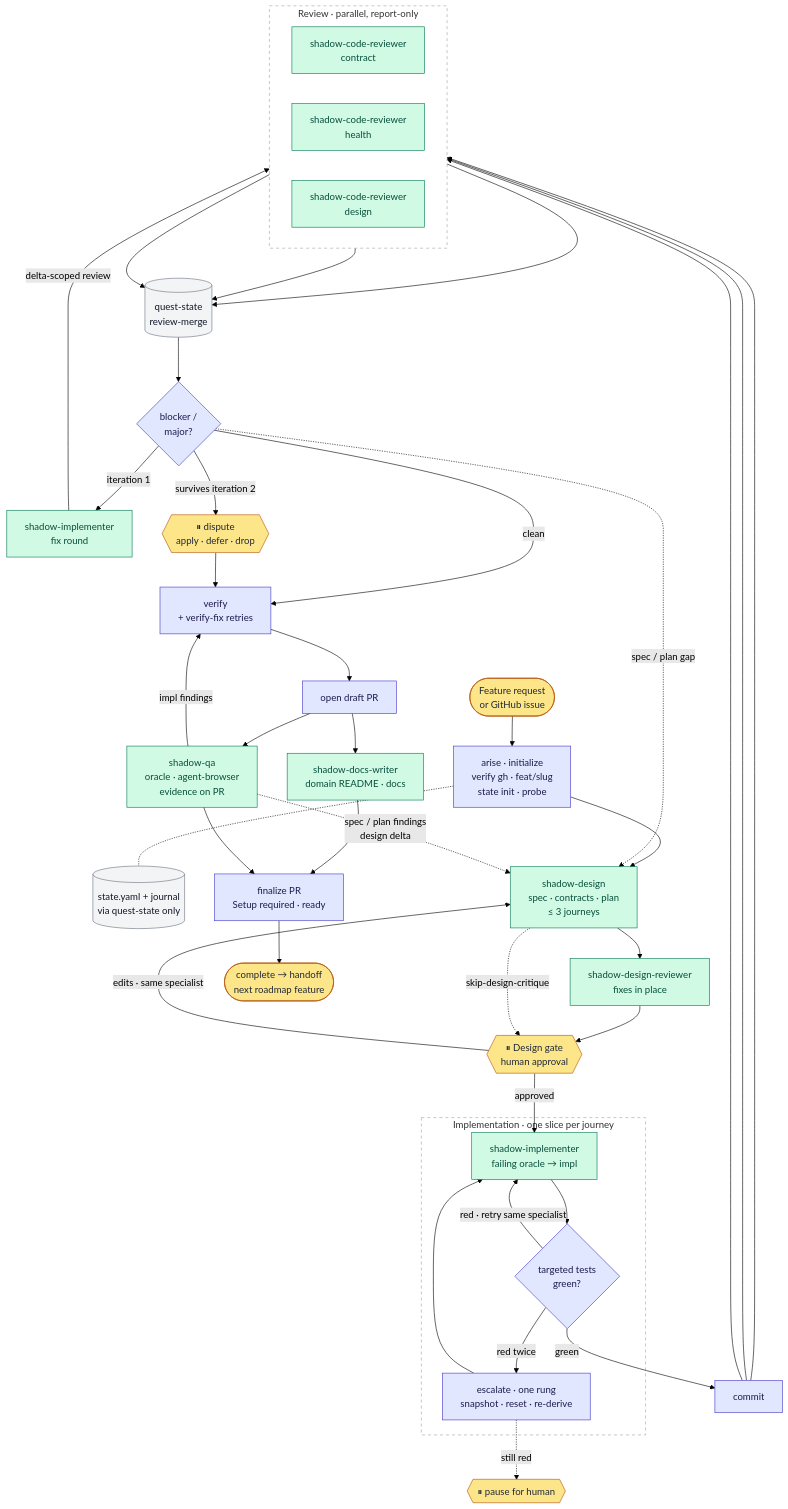
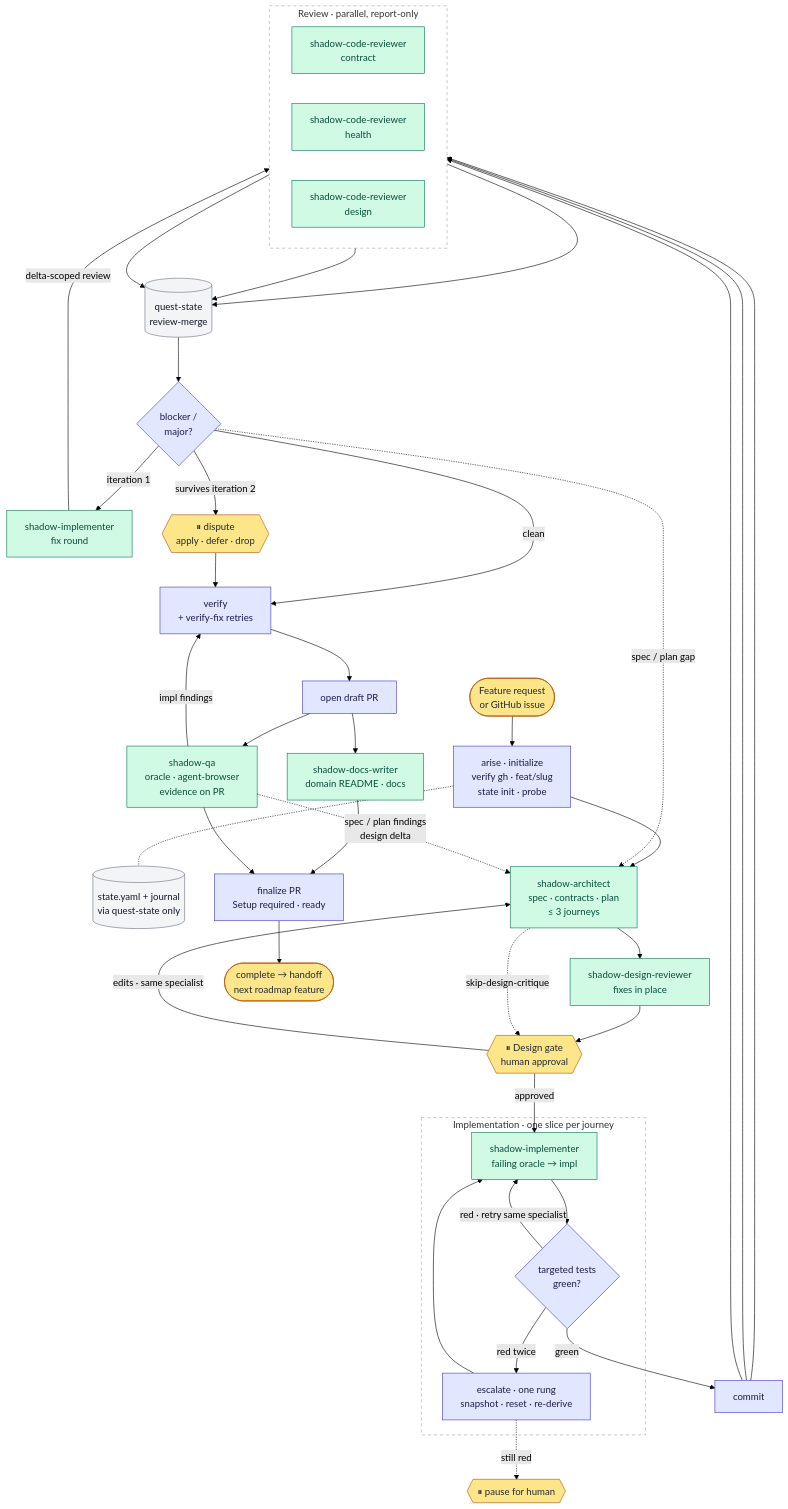
Before and after one commit to luisintosh/sddkit: the diagram in README.md, drawn with Mermaid (forest theme). The commit also changed other lines of this file and 52 other files, not shown here.

Commit message:
refactor: rename arise to commander, arise-plan to shadow-product-owner, shadow-design to shadow-architect, keep arise commands

````diff
--- a/README.md
+++ b/README.md
@@ -110,60 +110,60 @@
 ```mermaid
 flowchart TD
   req(["Feature request<br/>or GitHub issue"]):::human
   init["arise · initialize<br/>verify gh · feat/slug<br/>state init · probe"]:::conductor
   state[("state.yaml + journal<br/>via quest-state only")]:::state
-  design["shadow-design<br/>spec · contracts · plan<br/>≤ 3 journeys"]:::agent
+  design["shadow-architect<br/>spec · contracts · plan<br/>≤ 3 journeys"]:::agent
   critique["shadow-design-reviewer<br/>fixes in place"]:::agent
   gate{{"⏸ Design gate<br/>human approval"}}:::human
 
   req --> init --> design
   init -.- state
   design --> critique --> gate
   design -.->|skip-design-critique| gate
   gate -->|"edits · same specialist"| design
 
   subgraph impl["Implementation · one slice per journey"]
     implementer["shadow-implementer<br/>failing oracle → impl"]:::agent
     sensors{"targeted tests<br/>green?"}:::conductor
     escalate["escalate · one rung<br/>snapshot · reset · re-derive"]:::conductor
     implementer --> sensors
     sensors -->|"red · retry same specialist"| implementer
     sensors -->|red twice| escalate --> implementer
   end
 
   gate -->|approved| implementer
   escalate -.->|still red| pause{{"⏸ pause for human"}}:::human
   sensors -->|green| commit["commit"]:::conductor
 
   subgraph review["Review · parallel, report-only"]
     direction LR
     rc["shadow-code-reviewer<br/>contract"]:::agent
     rh["shadow-code-reviewer<br/>health"]:::agent
     rd["shadow-code-reviewer<br/>design"]:::agent
   end
 
   commit --> rc & rh & rd
   rc & rh & rd --> merge[("quest-state<br/>review-merge")]:::state
   merge --> triage{"blocker /<br/>major?"}:::conductor
   triage -->|iteration 1| fix["shadow-implementer<br/>fix round"]:::agent
   fix -->|delta-scoped review| review
   triage -->|survives iteration 2| dispute{{"⏸ dispute<br/>apply · defer · drop"}}:::human
   triage -.->|spec / plan gap| design
   triage -->|clean| verify
   dispute --> verify
 
   verify["verify<br/>+ verify-fix retries"]:::conductor --> pr["open draft PR"]:::conductor
   pr --> docs["shadow-docs-writer<br/>domain README · docs"]:::agent
   pr --> qa["shadow-qa<br/>oracle · agent-browser<br/>evidence on PR"]:::agent
   qa -->|impl findings| verify
   qa -.->|"spec / plan findings<br/>design delta"| design
   docs & qa --> finalize["finalize PR<br/>Setup required · ready"]:::conductor
   finalize --> done(["complete → handoff<br/>next roadmap feature"]):::human
 
   classDef human fill:#fde68a,stroke:#b45309,color:#1f2937
   classDef conductor fill:#e0e7ff,stroke:#4338ca,color:#1e1b4b
   classDef agent fill:#d1fae5,stroke:#047857,color:#064e3b
   classDef state fill:#f3f4f6,stroke:#6b7280,color:#111827
   style impl fill:transparent,stroke:#9ca3af,stroke-dasharray:5 5
   style review fill:transparent,stroke:#9ca3af,stroke-dasharray:5 5
 ```
````
